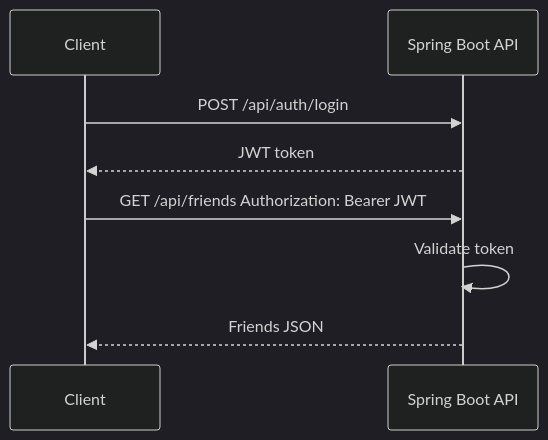
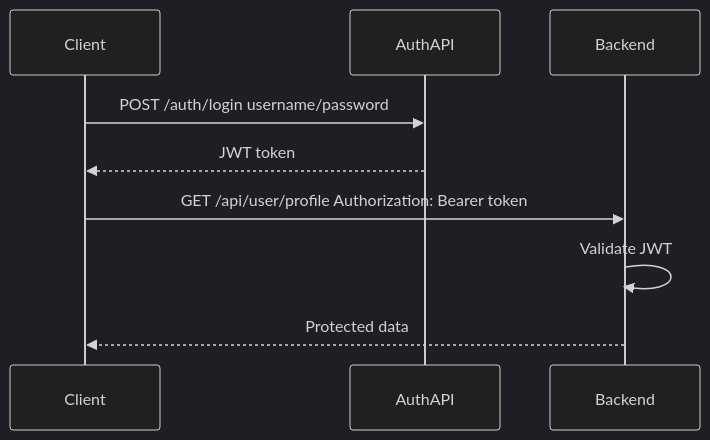
Before and after one commit to mthaiseer/springcloud-systemdesign-notes: the eighth of 19 diagrams in HLD_NOTES/003_TECHNOLOGY_DEEP_DIVE/spring_boot_auth_authz_visual_reference.md, drawn with Mermaid (dark theme). The commit also changed other lines of this file and 19 other files, not shown here.

````diff
--- a/HLD_NOTES/003_TECHNOLOGY_DEEP_DIVE/spring_boot_auth_authz_visual_reference.md
+++ b/HLD_NOTES/003_TECHNOLOGY_DEEP_DIVE/spring_boot_auth_authz_visual_reference.md
@@ -303,11 +558,12 @@
 ```mermaid
 sequenceDiagram
-    participant C as Client
-    participant API as Spring Boot API
+    participant Client
+    participant AuthAPI
+    participant Backend
 
-    C->>API: POST /api/auth/login
-    API-->>C: JWT token
-    C->>API: GET /api/friends Authorization: Bearer JWT
-    API->>API: Validate token
-    API-->>C: Friends JSON
+    Client->>AuthAPI: POST /auth/login username/password
+    AuthAPI-->>Client: JWT token
+    Client->>Backend: GET /api/user/profile Authorization: Bearer token
+    Backend->>Backend: Validate JWT
+    Backend-->>Client: Protected data
 ```
````
